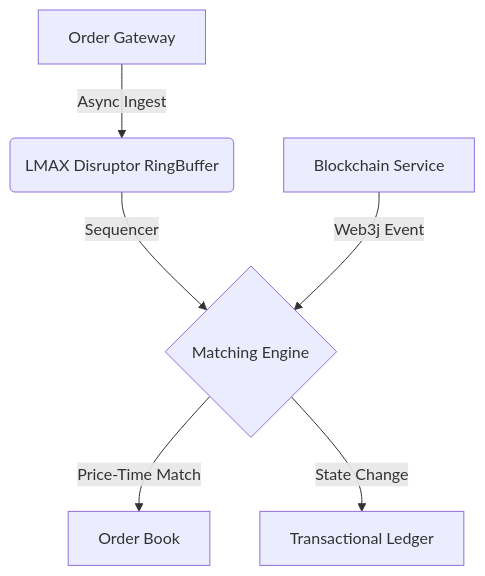
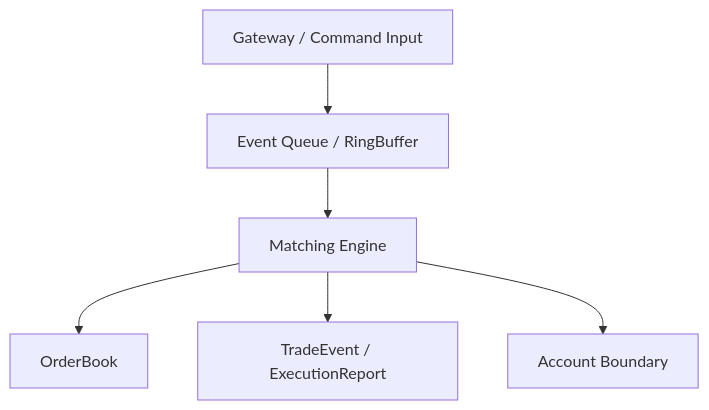
The diagram in README.md (web3engineereth-coder/OmniMatch-Kernel), drawn with Mermaid before and after one commit. The commit also changed other lines of this file, not shown here.

````diff
--- a/README.md
+++ b/README.md
@@ -16,8 +30,8 @@
 ```mermaid
 graph TD
-    A[Order Gateway] -->|Async Ingest| B(LMAX Disruptor RingBuffer)
-    B -->|Sequencer| C{Matching Engine}
-    C -->|Price-Time Match| D[Order Book]
-    C -->|State Change| E[Transactional Ledger]
-    F[Blockchain Service] -->|Web3j Event| C
+    A[Gateway / Command Input] --> B[Event Queue / RingBuffer]
+    B --> C[Matching Engine]
+    C --> D[OrderBook]
+    C --> E[TradeEvent / ExecutionReport]
+    C --> F[Account Boundary]
 ```
````
